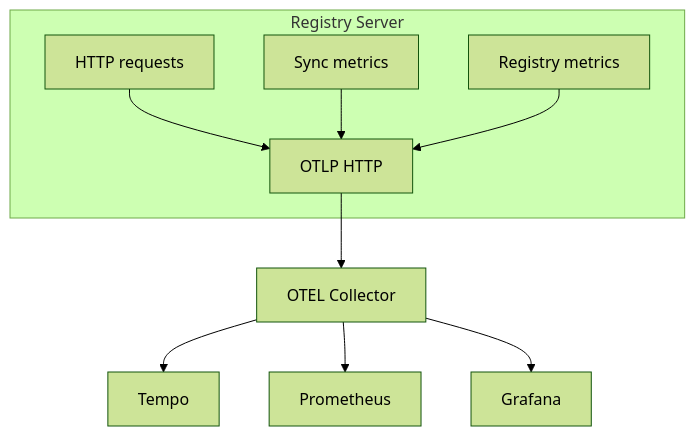
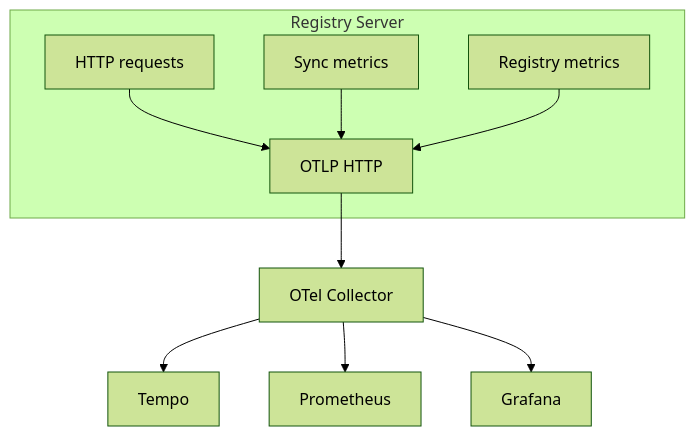
One commit to stacklok/docs-website changed the diagram in docs/toolhive/guides-registry/telemetry-metrics.mdx. Above: the diagram before and after it, drawn with Mermaid (forest theme).

Commit message:
Apply suggestion from @danbarr

````diff
--- a/docs/toolhive/guides-registry/telemetry-metrics.mdx
+++ b/docs/toolhive/guides-registry/telemetry-metrics.mdx
@@ -18,16 +18,16 @@
 ```mermaid
 flowchart TB
     subgraph server["Registry Server"]
         http["HTTP requests"]
         sync["Sync metrics"]
         registry["Registry metrics"]
 
         http & sync & registry --> otlp["OTLP HTTP"]
     end
 
-    otlp --> collector["OTEL Collector"]
+    otlp --> collector["OTel Collector"]
 
     collector --> tempo["Tempo"]
     collector --> prometheus["Prometheus"]
     collector --> grafana["Grafana"]
 ```
````
